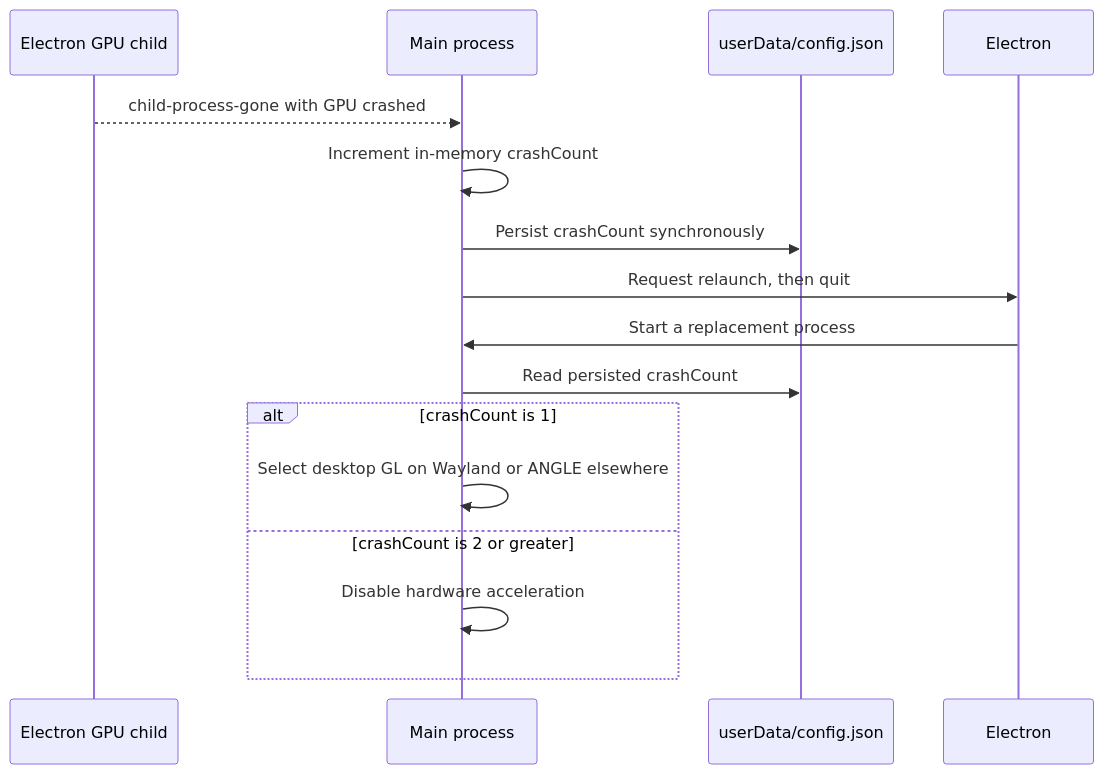
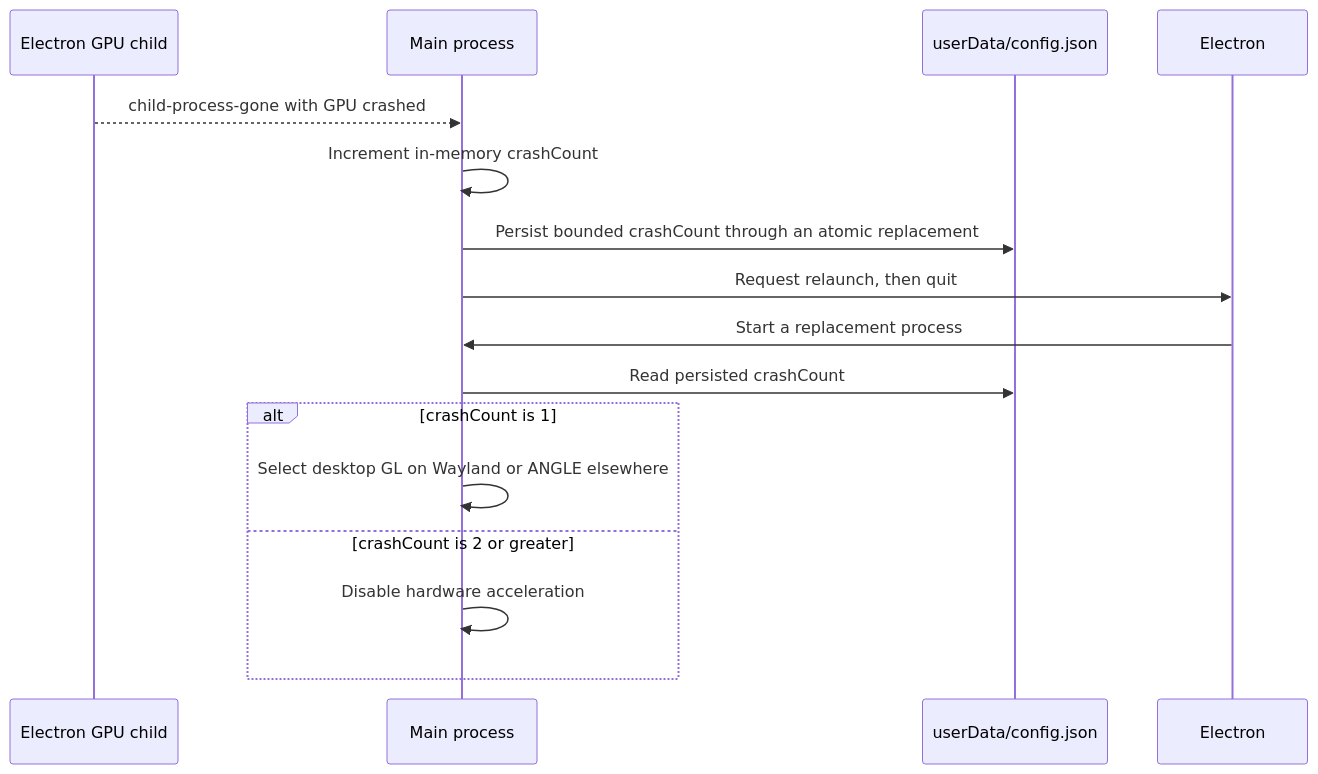
One commit to hmlendea/gfn-electron changed the sixth of 8 diagrams in ARCHITECTURE.md. Above: the diagram before and after it, drawn with Mermaid. The commit also changed other lines of this file and 2 other files, not shown here.

Commit message:
gpu: Validate and atomically persist GPU crash state

````diff
--- a/ARCHITECTURE.md
+++ b/ARCHITECTURE.md
@@ -234,19 +234,19 @@
 ```mermaid
 sequenceDiagram
   participant GPU as Electron GPU child
   participant Main as Main process
   participant Config as userData/config.json
   participant Electron
 
   GPU-->>Main: child-process-gone with GPU crashed
   Main->>Main: Increment in-memory crashCount
-  Main->>Config: Persist crashCount synchronously
+  Main->>Config: Persist bounded crashCount through an atomic replacement
   Main->>Electron: Request relaunch, then quit
   Electron->>Main: Start a replacement process
   Main->>Config: Read persisted crashCount
   alt crashCount is 1
     Main->>Main: Select desktop GL on Wayland or ANGLE elsewhere
   else crashCount is 2 or greater
     Main->>Main: Disable hardware acceleration
   end
 ```
````
